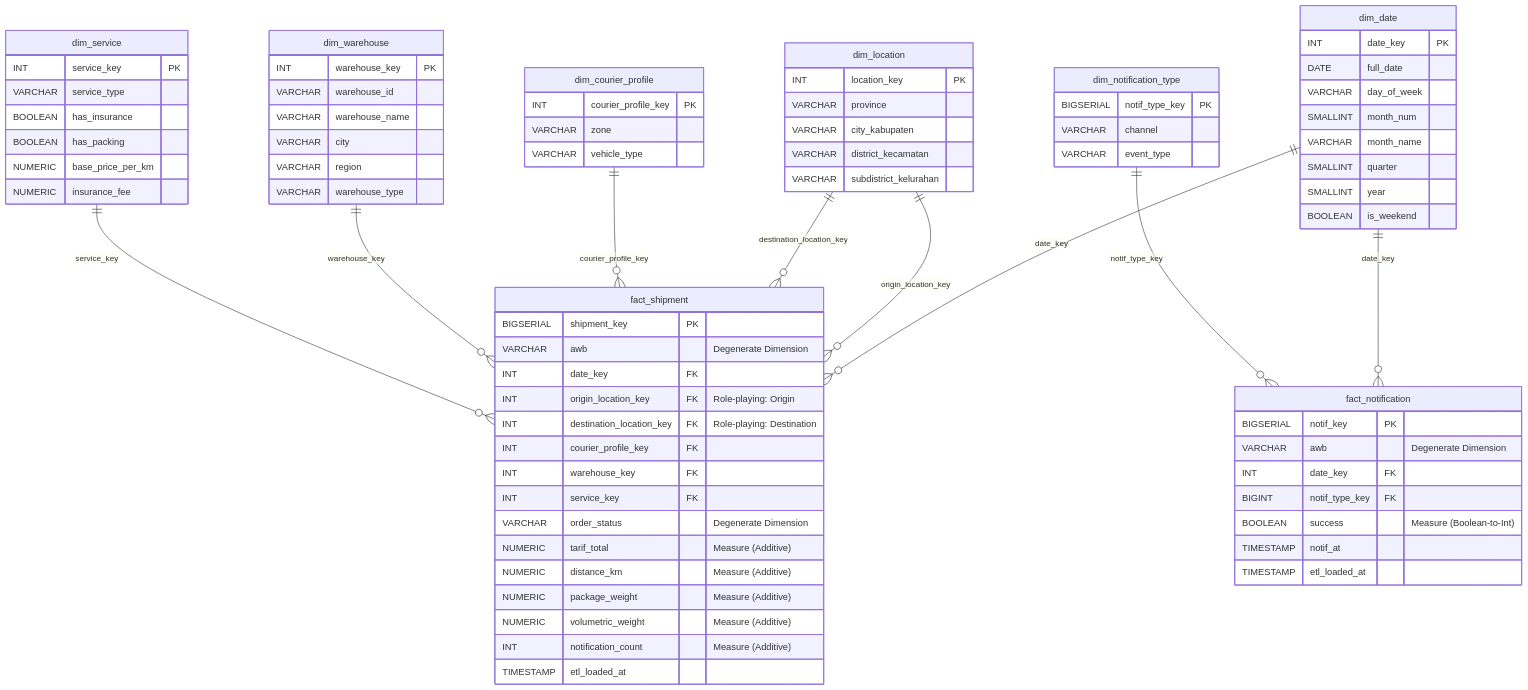
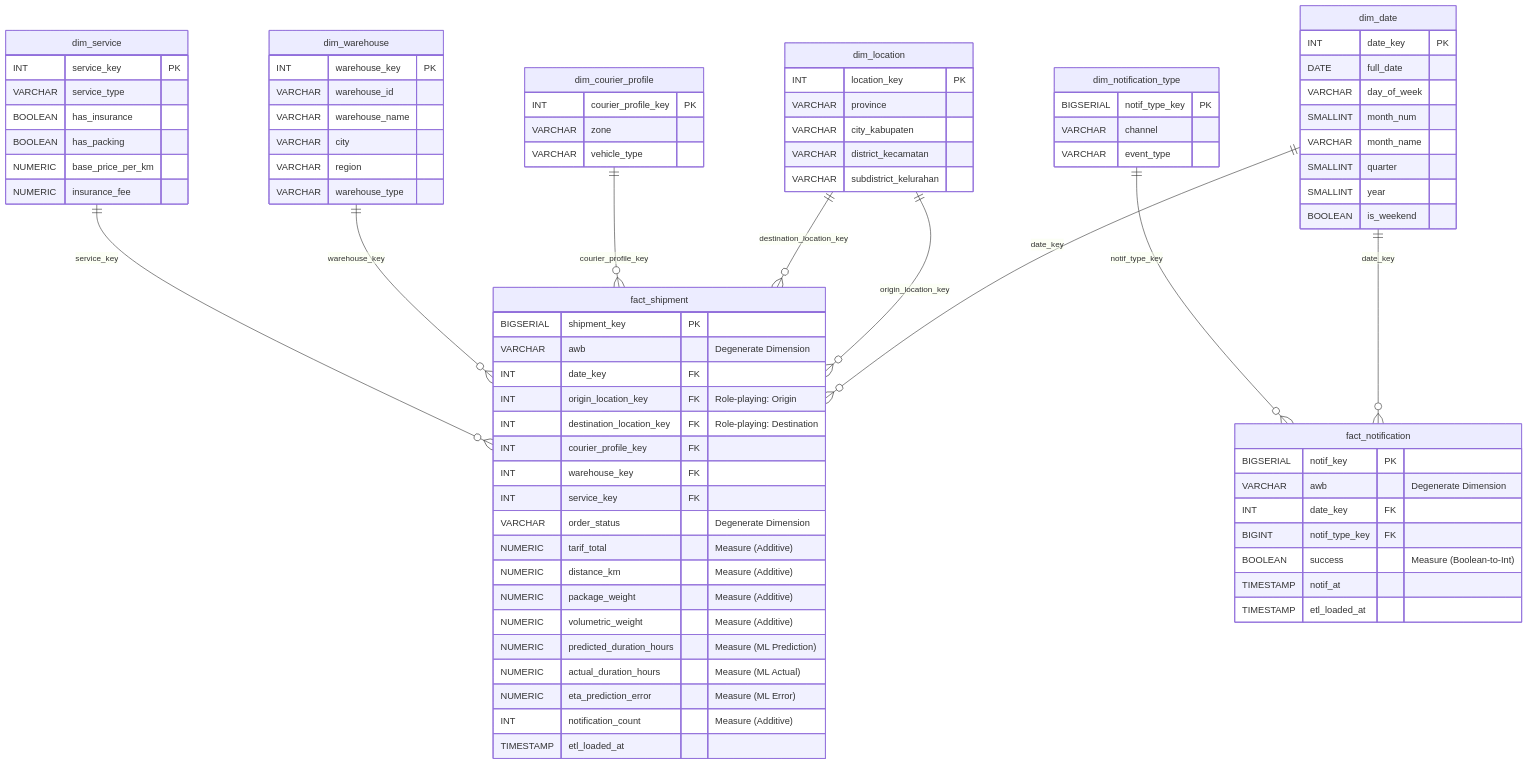
Before and after one commit to madgeer/microservce-papiton-express: the diagram in docs/warehouse.md, drawn with Mermaid. The commit also changed other lines of this file and 3 other files, not shown here.

Commit message:
feat: implement ML model for ETA prediction and update DWH schema; add error tracking for delivery duration

```diff
--- a/docs/warehouse.md
+++ b/docs/warehouse.md
@@ -50,6 +50,9 @@
         NUMERIC distance_km "Measure (Additive)"
         NUMERIC package_weight "Measure (Additive)"
         NUMERIC volumetric_weight "Measure (Additive)"
+        NUMERIC predicted_duration_hours "Measure (ML Prediction)"
+        NUMERIC actual_duration_hours "Measure (ML Actual)"
+        NUMERIC eta_prediction_error "Measure (ML Error)"
         INT notification_count "Measure (Additive)"
         TIMESTAMP etl_loaded_at
     }
```
